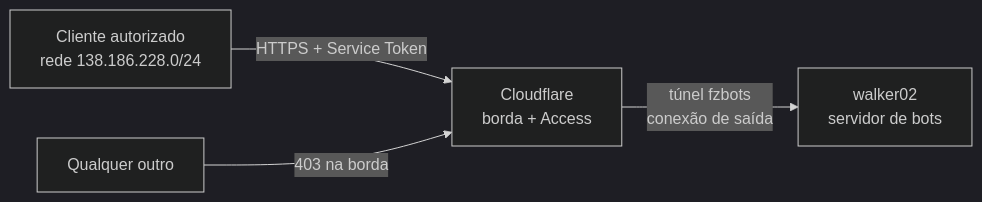
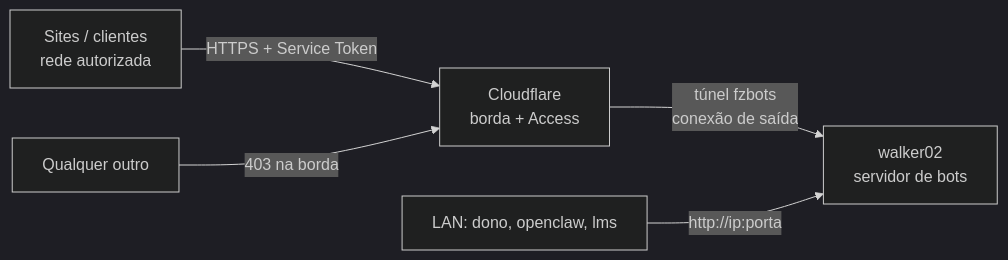
The first of 2 diagrams in docs/pt/arquitetura.md (RLuf/fzmultibotbackend), drawn with Mermaid (dark theme) before and after one commit. The commit also changed other lines of this file and 49 other files, not shown here.

````diff
--- a/docs/pt/arquitetura.md
+++ b/docs/pt/arquitetura.md
@@ -7,6 +7,7 @@
 ```mermaid
 graph LR
-    C[Cliente autorizado<br/>rede 138.186.228.0/24] -->|HTTPS + Service Token| CF[Cloudflare<br/>borda + Access]
+    S[Sites / clientes<br/>rede autorizada] -->|HTTPS + Service Token| CF[Cloudflare<br/>borda + Access]
+    X[Qualquer outro] -->|403 na borda| CF
     CF -->|túnel fzbots<br/>conexão de saída| W[walker02<br/>servidor de bots]
-    X[Qualquer outro] -->|403 na borda| CF
+    L[LAN: dono, openclaw, lms] -->|http://ip:porta| W
 ```
````
